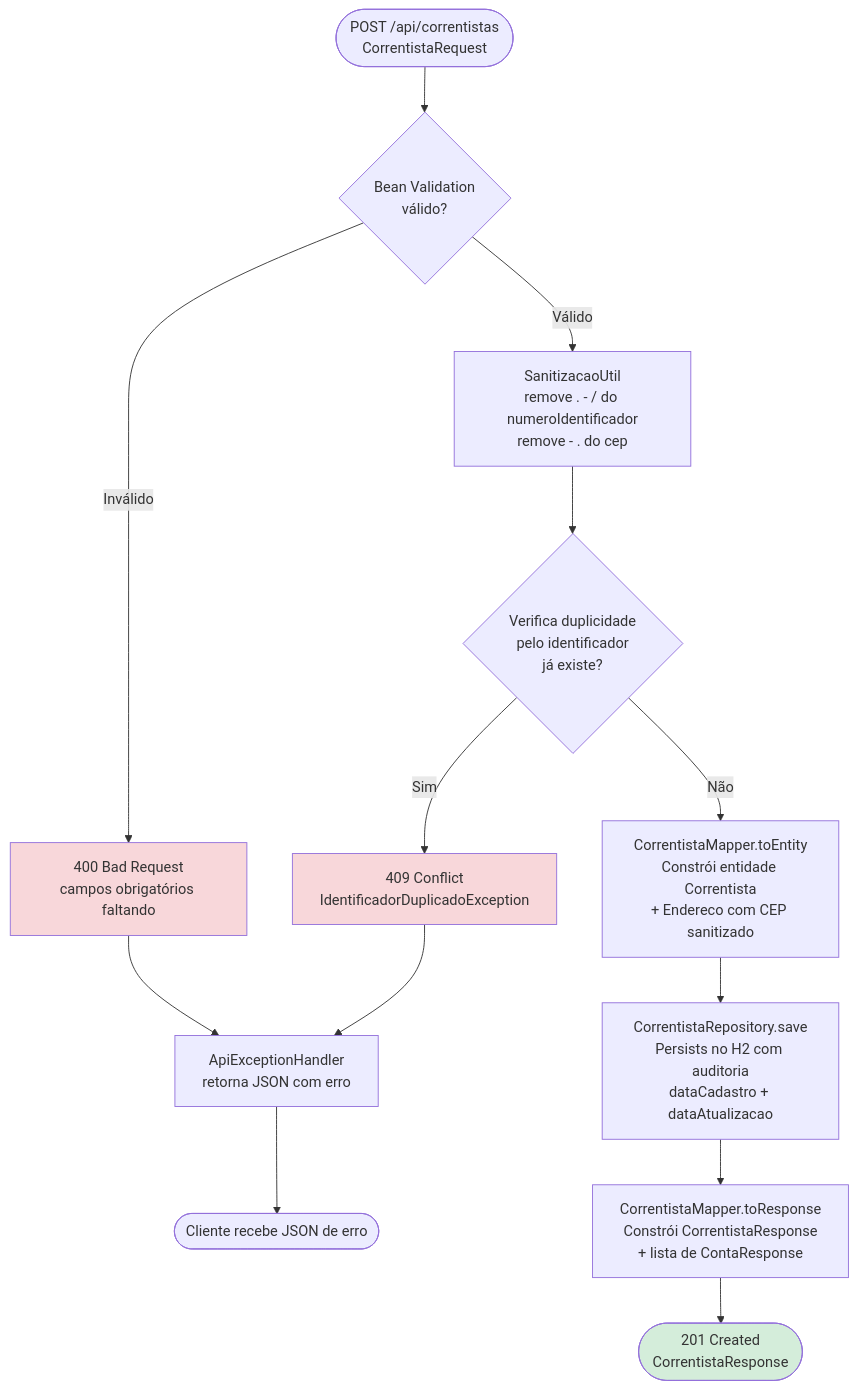
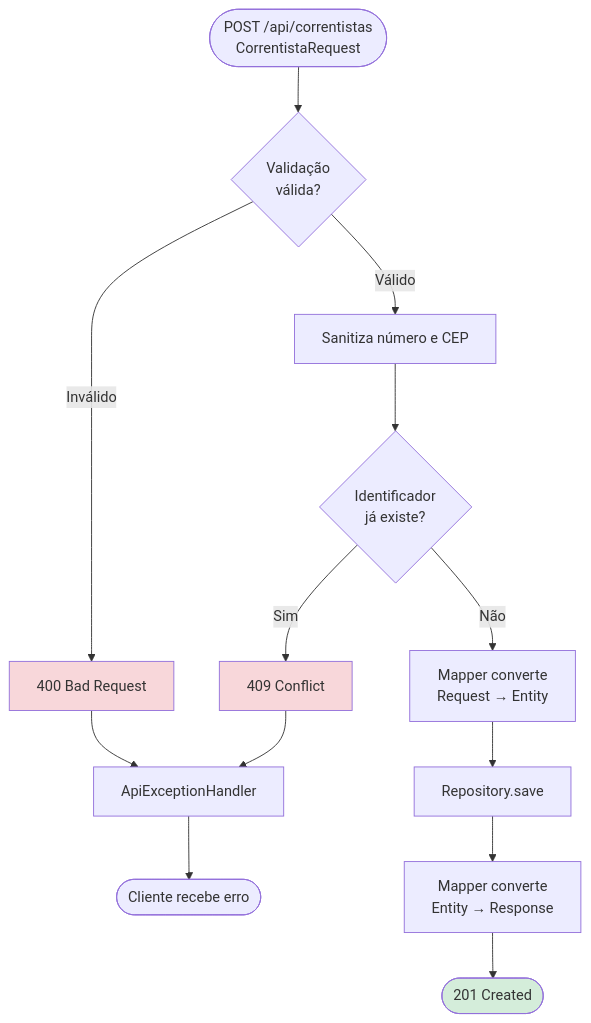
Before and after one commit to GeciaraBoava/teste-bv: the third of 12 diagrams in fluxograma.md, drawn with Mermaid. The commit also changed other lines of this file, not shown here.

````diff
--- a/fluxograma.md
+++ b/fluxograma.md
@@ -98,24 +105,24 @@
 ```mermaid
 flowchart TD
-    START([POST /api/correntistas<br/>CorrentistaRequest]) --> VALID{Bean Validation<br/>válido?}
+    START([POST /api/correntistas<br/>CorrentistaRequest]) --> VALID{Validação<br/>válida?}
 
-    VALID -->|Inválido| ERR400[400 Bad Request<br/>campos obrigatórios faltando]
-    VALID -->|Válido| SAN[SanitizacaoUtil<br/>remove . - / do numeroIdentificador<br/>remove - . do cep]
+    VALID -->|Inválido| ERR400[400 Bad Request]
+    VALID -->|Válido| SAN[Sanitiza número e CEP]
 
-    SAN --> DUP{Verifica duplicidade<br/>pelo identificador<br/>já existe?}
+    SAN --> DUP{Identificador<br/>já existe?}
 
-    DUP -->|Sim| ERR409[409 Conflict<br/>IdentificadorDuplicadoException]
-    DUP -->|Não| MAP[CorrentistaMapper.toEntity<br/>Constrói entidade Correntista<br/>+ Endereco com CEP sanitizado]
+    DUP -->|Sim| ERR409[409 Conflict]
+    DUP -->|Não| MAP[Mapper converte<br/>Request → Entity]
 
-    MAP --> SAVE[CorrentistaRepository.save<br/>Persists no H2 com auditoria<br/>dataCadastro + dataAtualizacao]
-    SAVE --> RSP[CorrentistaMapper.toResponse<br/>Constrói CorrentistaResponse<br/>+ lista de ContaResponse]
-    RSP --> OK([201 Created<br/>CorrentistaResponse])
+    MAP --> SAVE[Repository.save]
+    SAVE --> RSP[Mapper converte<br/>Entity → Response]
+    RSP --> OK([201 Created])
 
-    ERR400 --> HANDLER[ApiExceptionHandler<br/>retorna JSON com erro]
+    ERR400 --> HANDLER[ApiExceptionHandler]
     ERR409 --> HANDLER
-    HANDLER --> CLIENT([Cliente recebe JSON de erro])
+    HANDLER --> CLIENT([Cliente recebe erro])
 
     style ERR400 fill:#f8d7da
     style ERR409 fill:#f8d7da
     style OK fill:#d4edda
 ```
````
